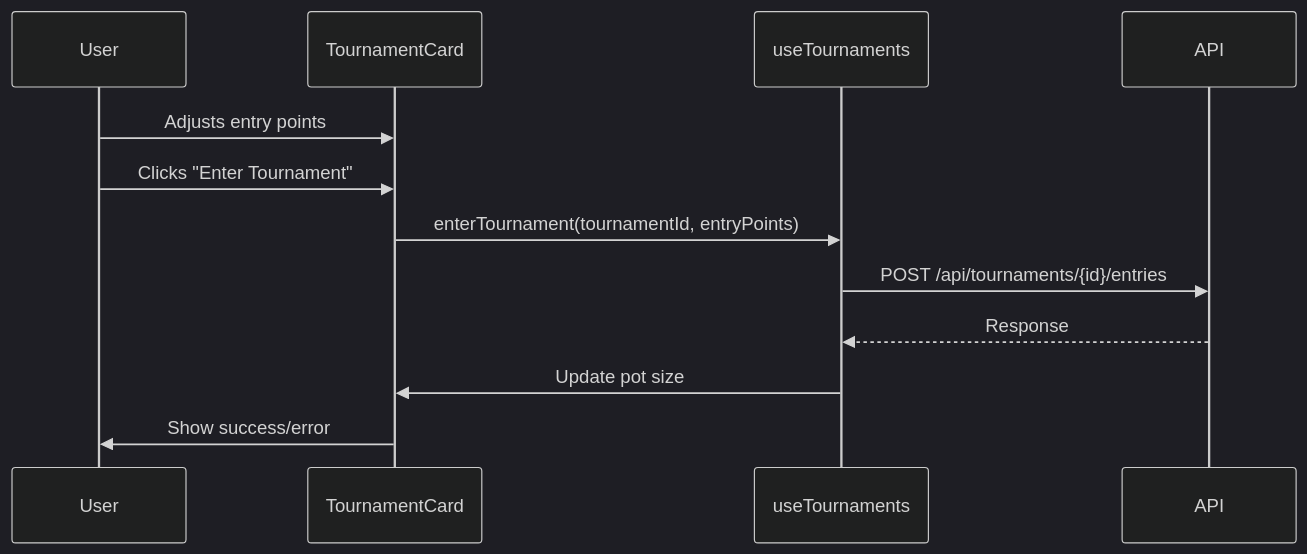
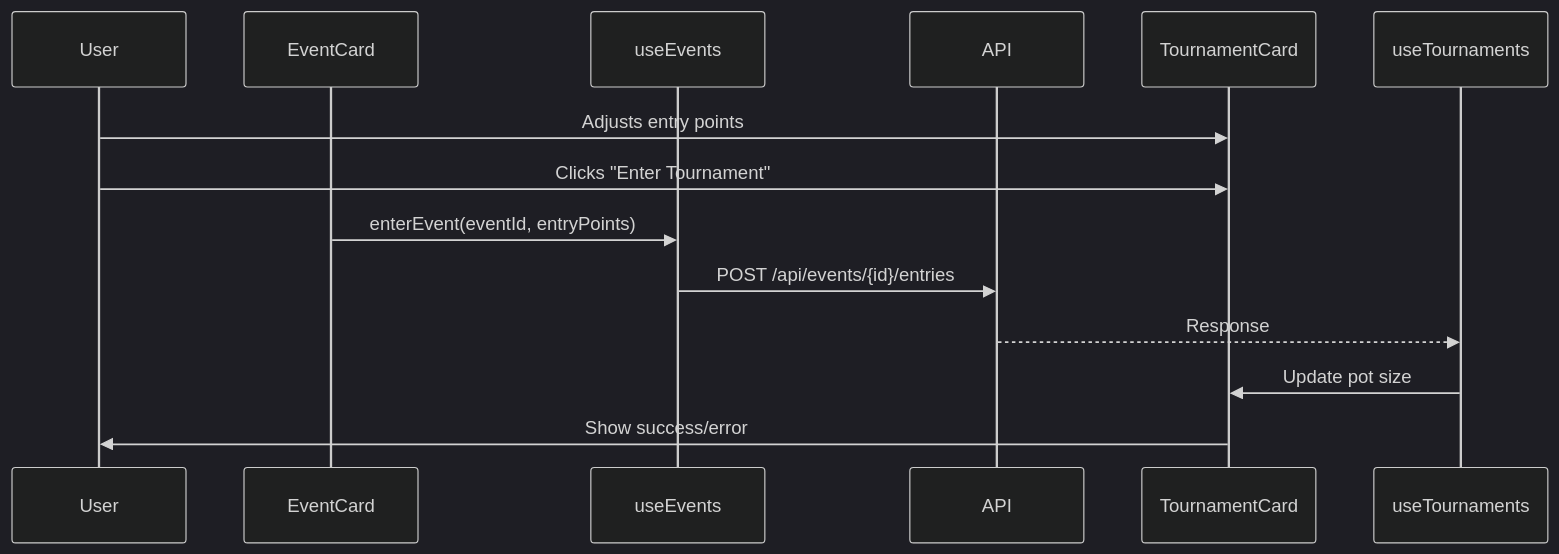
One commit to tommybrahhh/polycentral changed the first of 2 diagrams in docs/FRONTEND-CHANGES-DOCUMENTATION.md. Above: the diagram before and after it, drawn with Mermaid (dark theme). The commit also changed other lines of this file and 7 other files, not shown here.

First line of the commit message:
feat: unify events schema and frontend components

````diff
--- a/docs/FRONTEND-CHANGES-DOCUMENTATION.md
+++ b/docs/FRONTEND-CHANGES-DOCUMENTATION.md
@@ -8,15 +8,15 @@
 ```mermaid
 sequenceDiagram
     participant User
-    participant TournamentCard
-    participant useTournaments
+    participant EventCard
+    participant useEvents
     participant API
     
     User->>TournamentCard: Adjusts entry points
     User->>TournamentCard: Clicks "Enter Tournament"
-    TournamentCard->>useTournaments: enterTournament(tournamentId, entryPoints)
-    useTournaments->>API: POST /api/tournaments/{id}/entries
+    EventCard->>useEvents: enterEvent(eventId, entryPoints)
+    useEvents->>API: POST /api/events/{id}/entries
     API-->>useTournaments: Response
     useTournaments->>TournamentCard: Update pot size
     TournamentCard->>User: Show success/error
 ```
````
